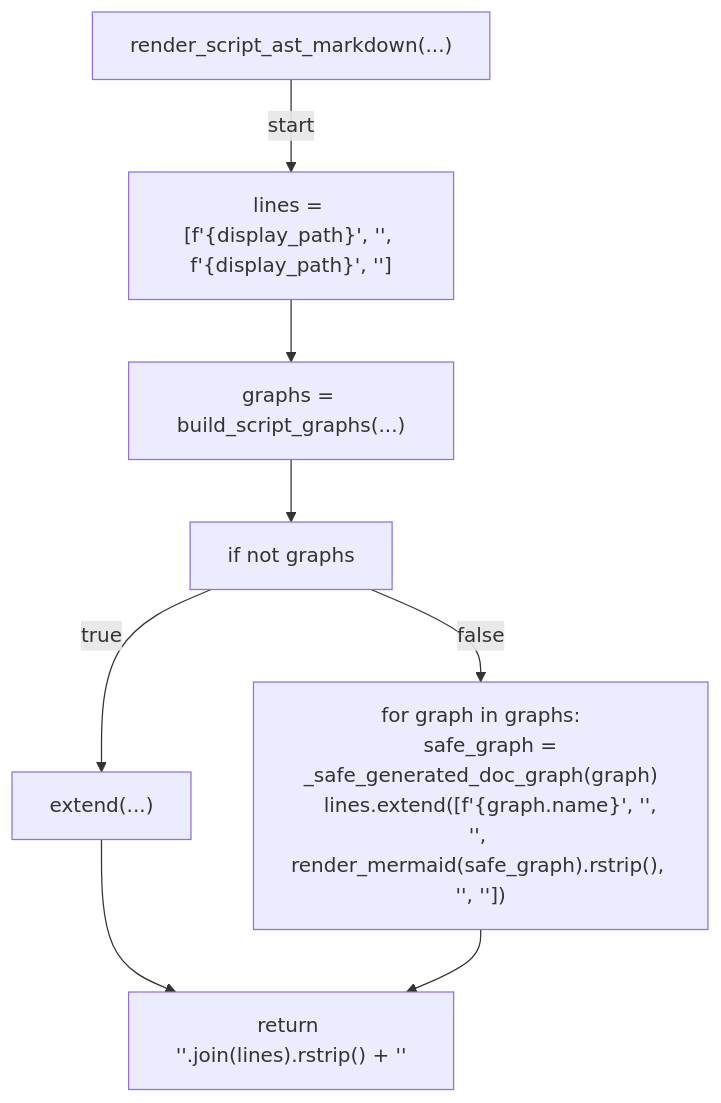
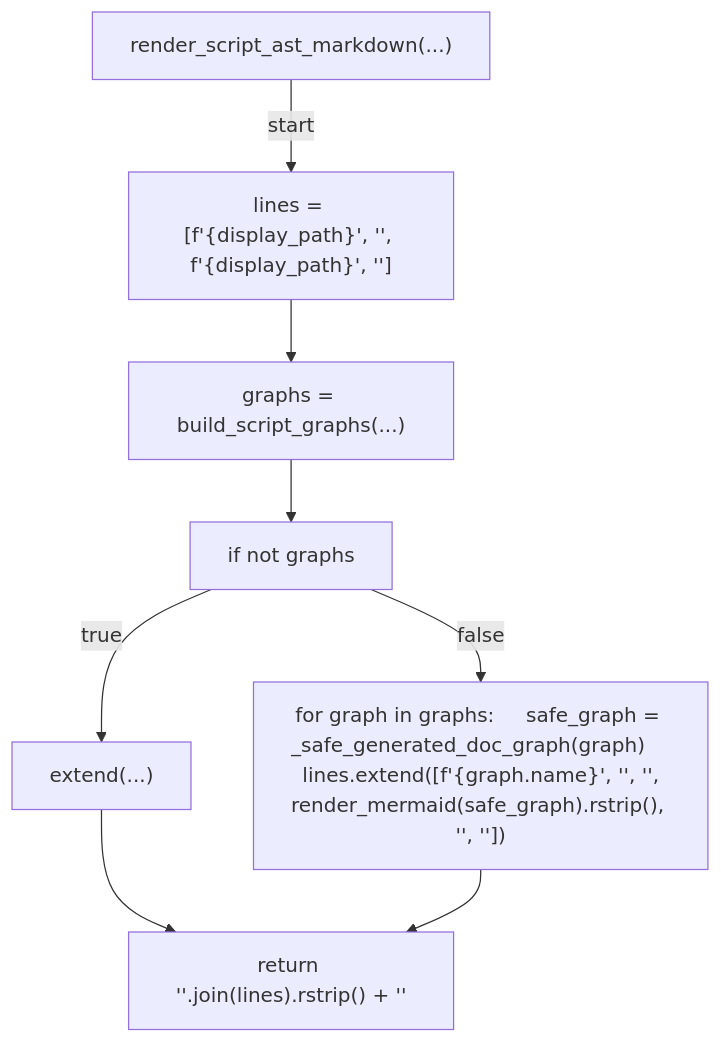
One commit to tvna/claude-md changed diagram 15 of 20 in docs/generated/scripts/ast/script_ast_graph.md. Above: the diagram before and after it, drawn with Mermaid. The commit also changed other lines of this file and 23 other files, not shown here.

First line of the commit message:
docs(generated): regenerate decision tree and workflow diagrams (batch 4/5)

````diff
--- a/docs/generated/scripts/ast/script_ast_graph.md
+++ b/docs/generated/scripts/ast/script_ast_graph.md
@@ -235,19 +223,17 @@
 ```mermaid
 flowchart TD
     N001["render_script_ast_markdown(...)"]
     N002["lines = [f'<str>{display_path}', '<str>', f'<str>{display_path}<str>', '<str>']"]
     N003["graphs = build_script_graphs(...)"]
     N004["if not graphs"]
     N005["extend(...)"]
-    N006["for graph in graphs:
-    safe_graph = _safe_generated_doc_graph(graph)
-    lines.extend([f'<str>{graph.name}<str>', '<str>', '<str>', render_mermaid(safe_graph).rstrip(), '<str>', '<str>'])"]
+    N006["for graph in graphs:     safe_graph = _safe_generated_doc_graph(graph)     lines.extend([f'<str>{graph.name}<str>', '<str>', '<str>', render_mermaid(safe_graph).rstrip(), '<str>', '<str>'])"]
     N007["return '<str>'.join(lines).rstrip() + '<str>'"]
     N001 -->|"start"| N002
     N002 --> N003
     N003 --> N004
     N004 -->|"true"| N005
     N004 -->|"false"| N006
     N005 --> N007
     N006 --> N007
 ```
````
